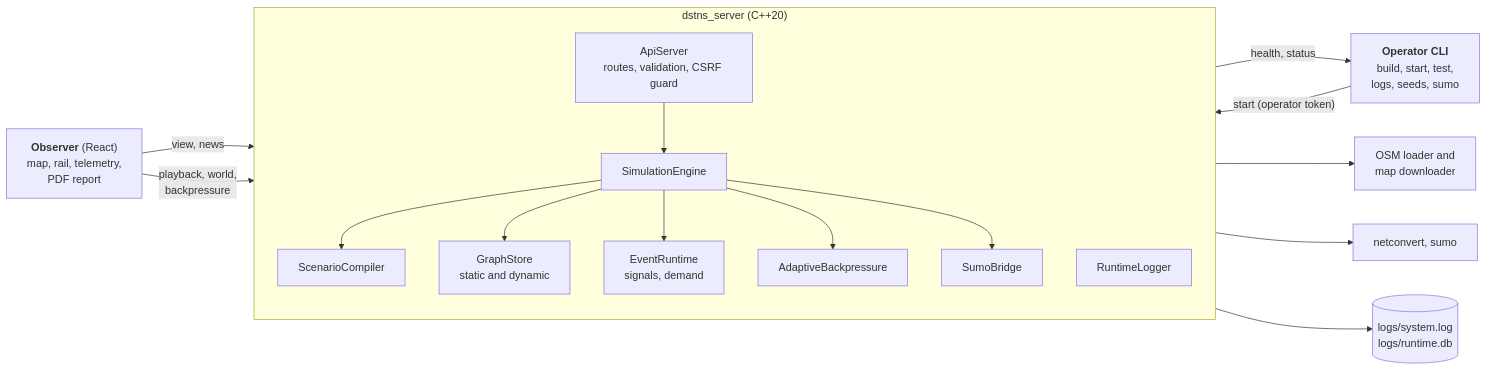
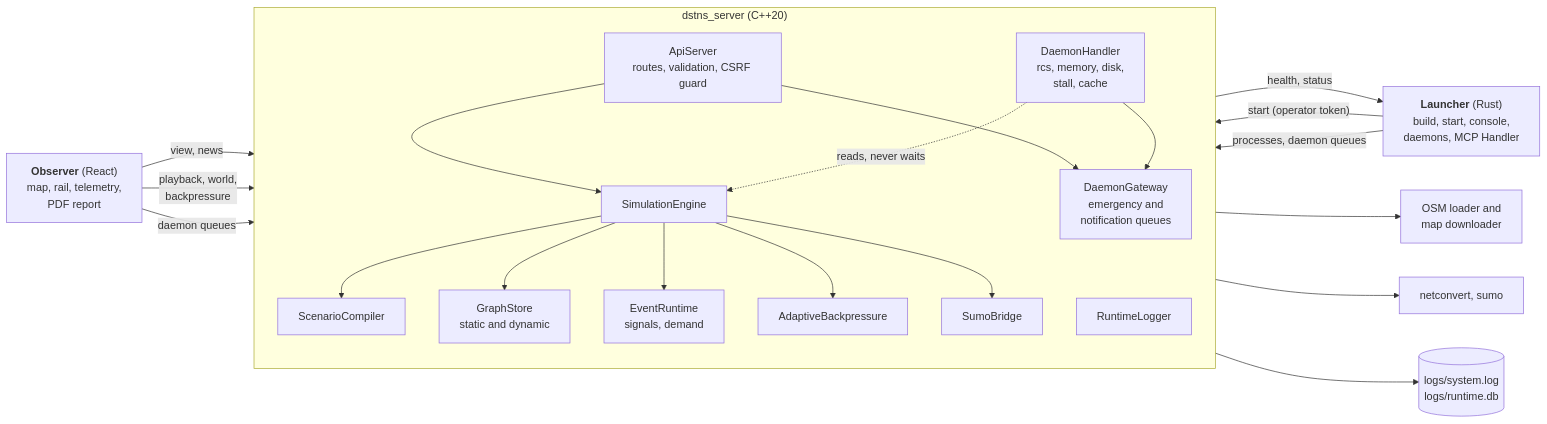
Before and after one commit to varunkarthic/DSTNS: the first of 3 diagrams in docs/concepts/architecture.md, drawn with Mermaid. The commit also changed other lines of this file and 37 other files, not shown here.

````diff
--- a/docs/concepts/architecture.md
+++ b/docs/concepts/architecture.md
@@ -12,29 +13,36 @@
 ```mermaid
 flowchart LR
-    CLI["<b>Operator CLI</b><br/>build, start, test,<br/>logs, seeds, sumo"]
+    CLI["<b>Launcher</b> (Rust)<br/>build, start, console,<br/>daemons, MCP Handler"]
     OBS["<b>Observer</b> (React)<br/>map, rail, telemetry,<br/>PDF report"]
     subgraph CORE["dstns_server (C++20)"]
         direction TB
         API["ApiServer<br/>routes, validation, CSRF guard"]
         ENG["SimulationEngine"]
         COMP["ScenarioCompiler"]
         GS["GraphStore<br/>static and dynamic"]
         EV["EventRuntime<br/>signals, demand"]
         ASB["AdaptiveBackpressure"]
         SB["SumoBridge"]
         LOG["RuntimeLogger"]
+        DMN["DaemonHandler<br/>rcs, memory, disk,<br/>stall, cache"]
+        GW["DaemonGateway<br/>emergency and<br/>notification queues"]
         API --> ENG
+        API --> GW
+        DMN --> GW
+        DMN -. "reads, never waits" .-> ENG
         ENG --> COMP
         ENG --> GS
         ENG --> EV
         ENG --> ASB
         ENG --> SB
     end
     CLI -- "start (operator token)" --> API
     API -- "health, status" --> CLI
     OBS -- "view, news" --> API
     OBS -- "playback, world,<br/>backpressure" --> API
+    OBS -- "daemon queues" --> GW
+    CLI -- "processes, daemon queues" --> GW
     COMP --> OSM["OSM loader and<br/>map downloader"]
     SB --> SUMO["netconvert, sumo"]
     CORE --> LOGS[("logs/system.log<br/>logs/runtime.db")]
 ```
````
